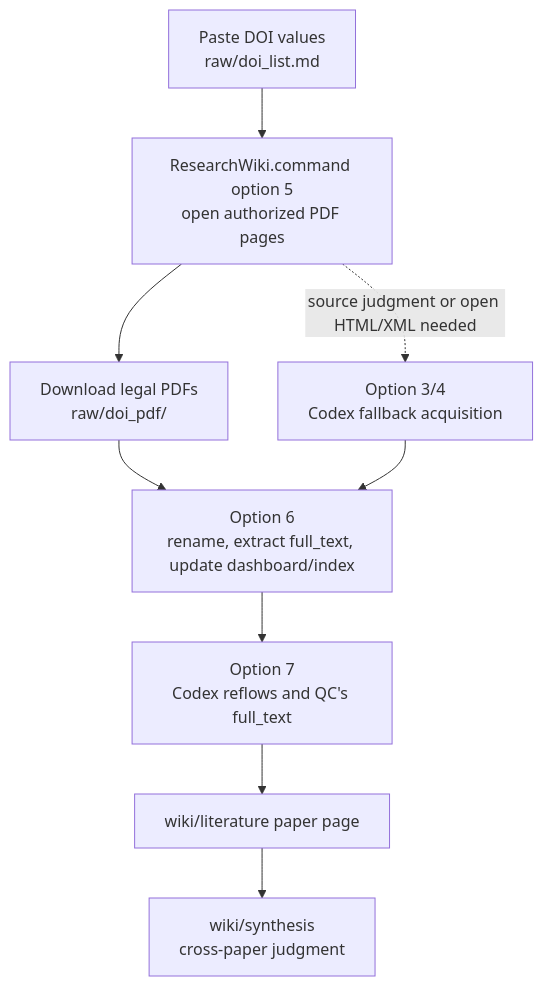
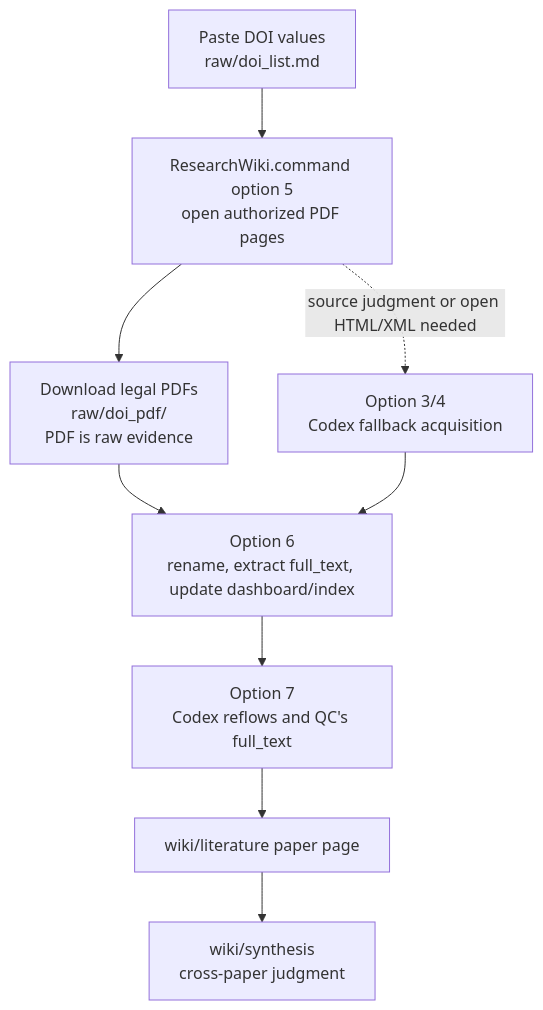
One commit to ChenHau-Lan/ResearchWiki changed the first of 2 diagrams in README.md. Above: the diagram before and after it, drawn with Mermaid. The commit also changed other lines of this file and 1 other file, not shown here.

````diff
--- a/README.md
+++ b/README.md
@@ -13,12 +33,12 @@
 ```mermaid
 flowchart TD
     A["Paste DOI values<br/>raw/doi_list.md"] --> B["ResearchWiki.command option 5<br/>open authorized PDF pages"]
-    B --> C["Download legal PDFs<br/>raw/doi_pdf/"]
+    B --> C["Download legal PDFs<br/>raw/doi_pdf/<br/>PDF is raw evidence"]
     C --> D["Option 6<br/>rename, extract full_text, update dashboard/index"]
     D --> E["Option 7<br/>Codex reflows and QC's full_text"]
     E --> F["wiki/literature paper page"]
     F --> G["wiki/synthesis<br/>cross-paper judgment"]
 
     B -. "source judgment or open HTML/XML needed" .-> H["Option 3/4<br/>Codex fallback acquisition"]
     H --> D
 ```
````
